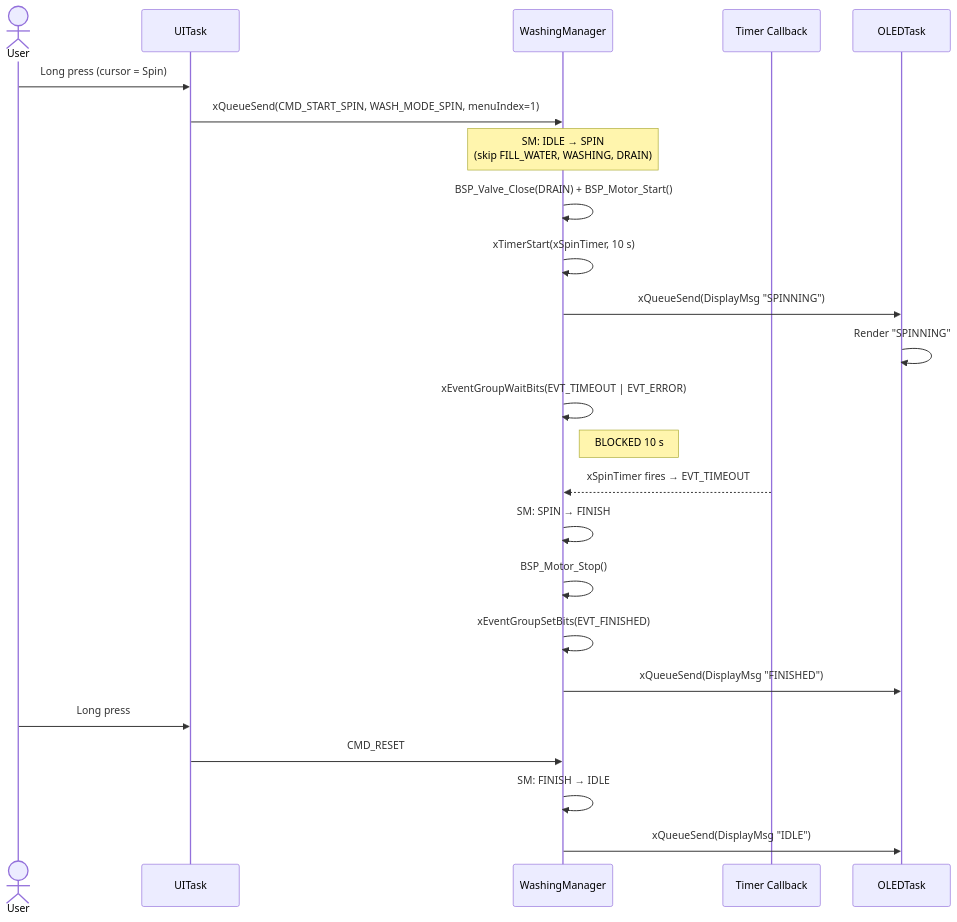
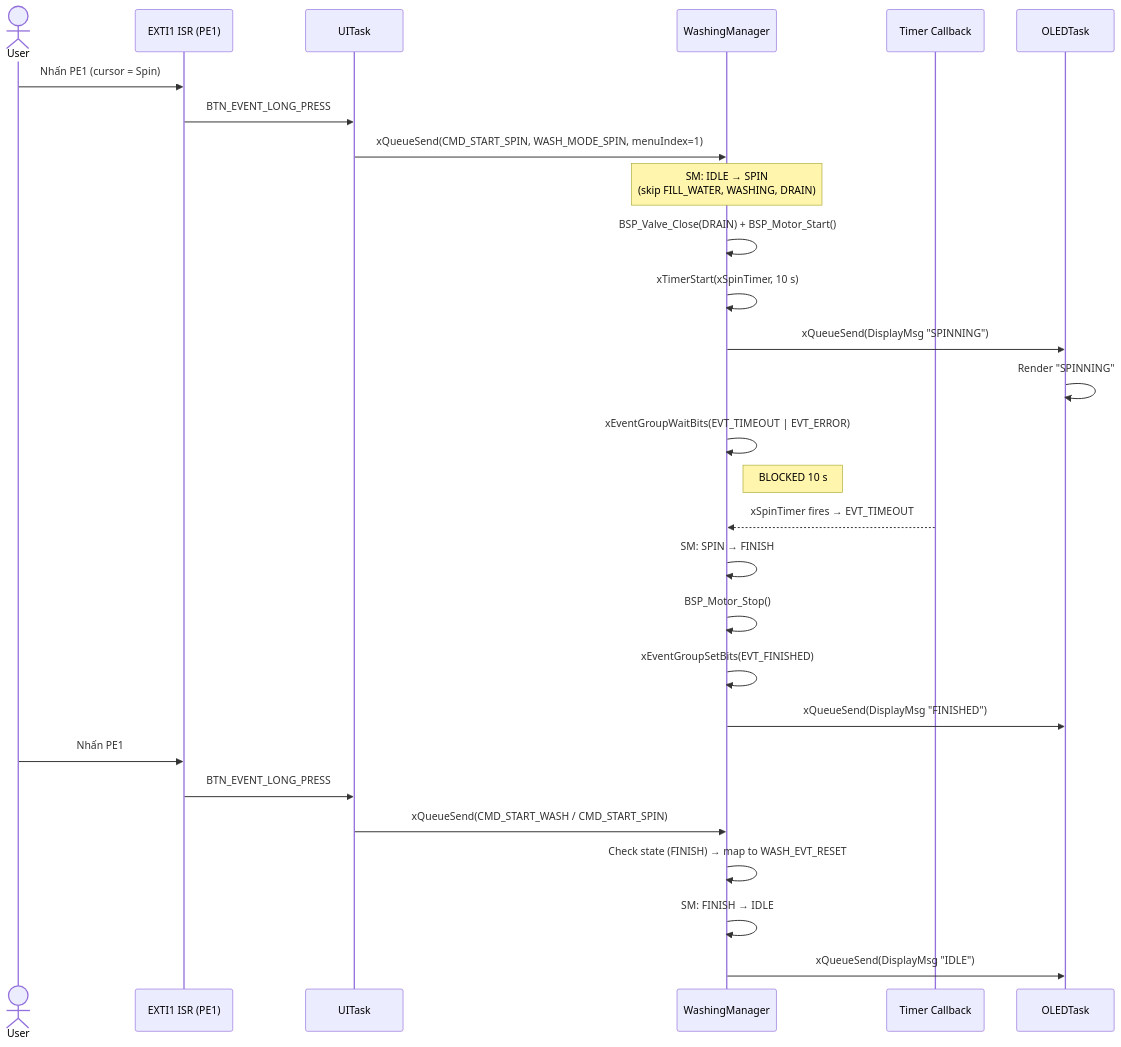
One commit to TTonyVi/Freertos_ST changed the fourth of 9 diagrams in docs/SYSTEM_DIAGRAMS.md. Above: the diagram before and after it, drawn with Mermaid. The commit also changed other lines of this file and 15 other files, not shown here.

````diff
--- a/docs/SYSTEM_DIAGRAMS.md
+++ b/docs/SYSTEM_DIAGRAMS.md
@@ -227,32 +240,36 @@
 ```mermaid
 sequenceDiagram
     actor User
+    participant ISR1 as EXTI1 ISR (PE1)
     participant UI   as UITask
     participant WASH as WashingManager
     participant TMR  as Timer Callback
     participant OLED as OLEDTask
 
-    User->>UI: Long press (cursor = Spin)
+    User->>ISR1: Nhấn PE1 (cursor = Spin)
+    ISR1->>UI: BTN_EVENT_LONG_PRESS
     UI->>WASH: xQueueSend(CMD_START_SPIN, WASH_MODE_SPIN, menuIndex=1)
 
     Note over WASH: SM: IDLE → SPIN<br/>(skip FILL_WATER, WASHING, DRAIN)
 
     WASH->>WASH: BSP_Valve_Close(DRAIN) + BSP_Motor_Start()
     WASH->>WASH: xTimerStart(xSpinTimer, 10 s)
     WASH->>OLED: xQueueSend(DisplayMsg "SPINNING")
     OLED->>OLED: Render "SPINNING"
 
     WASH->>WASH: xEventGroupWaitBits(EVT_TIMEOUT | EVT_ERROR)
     Note right of WASH: BLOCKED 10 s
 
     TMR-->>WASH: xSpinTimer fires → EVT_TIMEOUT
     WASH->>WASH: SM: SPIN → FINISH
     WASH->>WASH: BSP_Motor_Stop()
     WASH->>WASH: xEventGroupSetBits(EVT_FINISHED)
     WASH->>OLED: xQueueSend(DisplayMsg "FINISHED")
 
-    User->>UI: Long press
-    UI->>WASH: CMD_RESET
+    User->>ISR1: Nhấn PE1
+    ISR1->>UI: BTN_EVENT_LONG_PRESS
+    UI->>WASH: xQueueSend(CMD_START_WASH / CMD_START_SPIN)
+    WASH->>WASH: Check state (FINISH) → map to WASH_EVT_RESET
     WASH->>WASH: SM: FINISH → IDLE
     WASH->>OLED: xQueueSend(DisplayMsg "IDLE")
 ```
````
